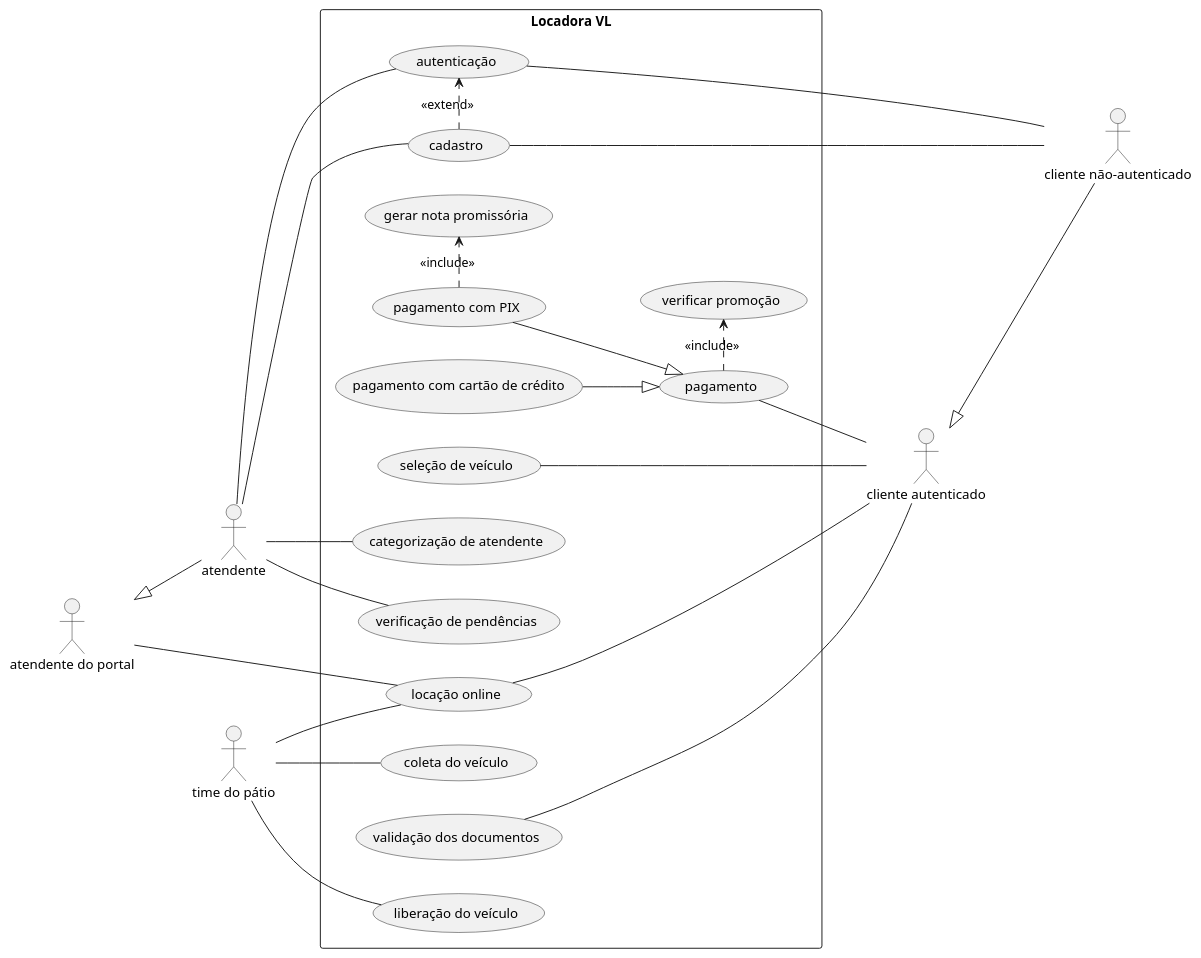
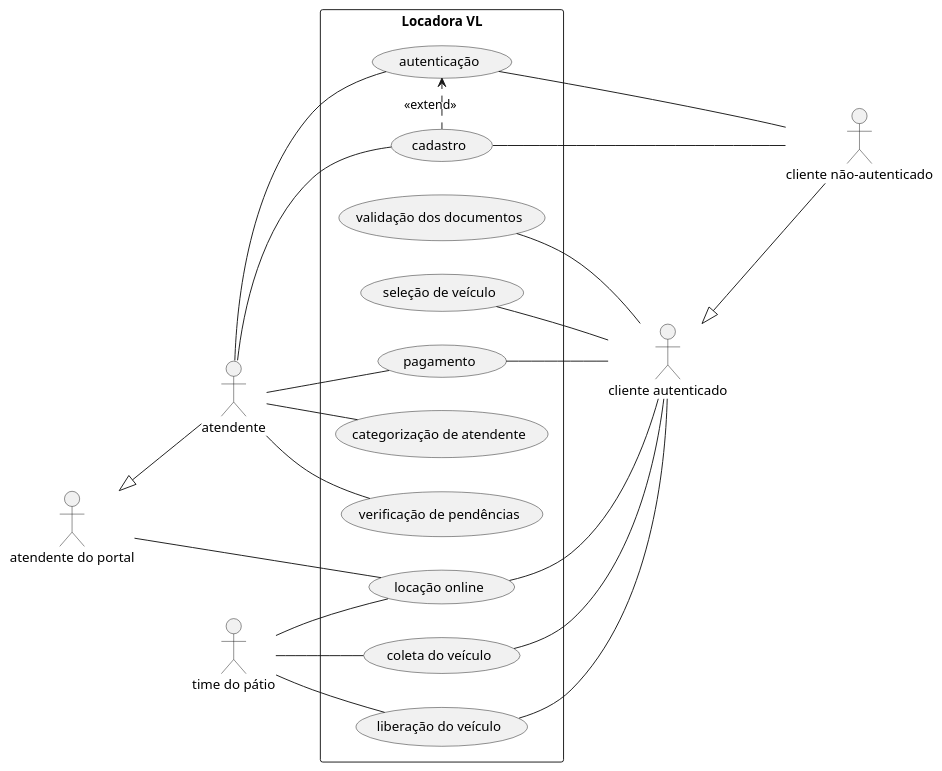
One commit to sociedade-do-pastel/vl changed the diagram in use-case.org. Above: the diagram before and after it, drawn with PlantUML. The commit also changed other lines of this file and 1 other file, not shown here.

```diff
--- a/use-case.org
+++ b/use-case.org
@@ -9,34 +14,33 @@
 #+begin_src plantuml :file images/caso_de_uso.png
   left to right direction
   skinparam packageStyle rectangle
 
   :cliente não-autenticado: as cliente
   actor atendente
   :atendente do portal: as atPortal
   atPortal <|-- atendente
   :time do pátio: as patime
   :cliente autenticado: as cladastrado
   cladastrado <|-- cliente
 
   rectangle "Locadora VL" {
       atendente -- (autenticação)
       (autenticação) -- cliente
       atendente -- (cadastro)
       (cadastro) -- cliente
       (validação dos documentos) -- cladastrado
       (seleção de veículo) -- cladastrado
       (pagamento) -- cladastrado
-      (pagamento) <|-up- (pagamento com PIX)
-      (pagamento) <|-up- (pagamento com cartão de crédito)
-      (pagamento com PIX) .> (gerar nota promissória) : <<include>>
-      patime -- (liberação do veículo)
-      patime -- (coleta do veículo)
       (cadastro) .> (autenticação)  : <<extend>>
       atendente -- (categorização de atendente)
       atendente -- (verificação de pendências)
-      (pagamento) .> (verificar promoção) : <<include>>
       atPortal -- (locação online)
       (locação online) -- cladastrado
       patime -- (locação online)
+      atendente -- (pagamento)
+      patime -- (coleta do veículo)
+      (coleta do veículo) -- cladastrado
+      patime -- (liberação do veículo)
+      (liberação do veículo) -- cladastrado
   }
 #+end_src
```
